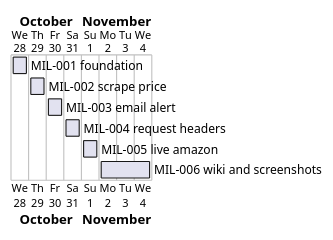
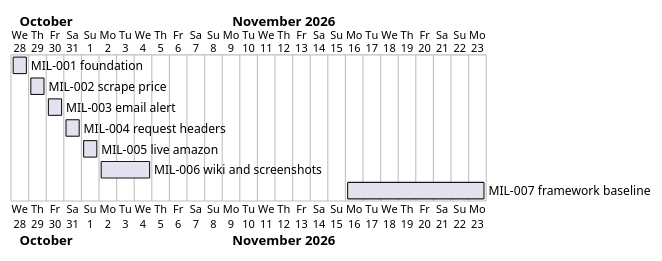
Before and after one commit to Tirsvad-Udemy-100-days-of-code/047-amazon-price-tracker: the diagram in docs/project-plan.md, drawn with PlantUML. The commit also changed other lines of this file and 29 other files, not shown here.

First line of the commit message:
MIL-007 framework baseline

````diff
--- a/docs/project-plan.md
+++ b/docs/project-plan.md
@@ -43,11 +47,12 @@
 ```plantuml
 @startgantt
 Project starts 2026-10-28
 [MIL-001 foundation] starts 2026-10-28 and lasts 1 day
 [MIL-002 scrape price] starts 2026-10-29 and lasts 1 day
 [MIL-003 email alert] starts 2026-10-30 and lasts 1 day
 [MIL-004 request headers] starts 2026-10-31 and lasts 1 day
 [MIL-005 live amazon] starts 2026-11-01 and lasts 1 day
 [MIL-006 wiki and screenshots] starts 2026-11-02 and lasts 3 days
+[MIL-007 framework baseline] starts 2026-11-16 and ends 2026-11-23
 @endgantt
 ```
````
